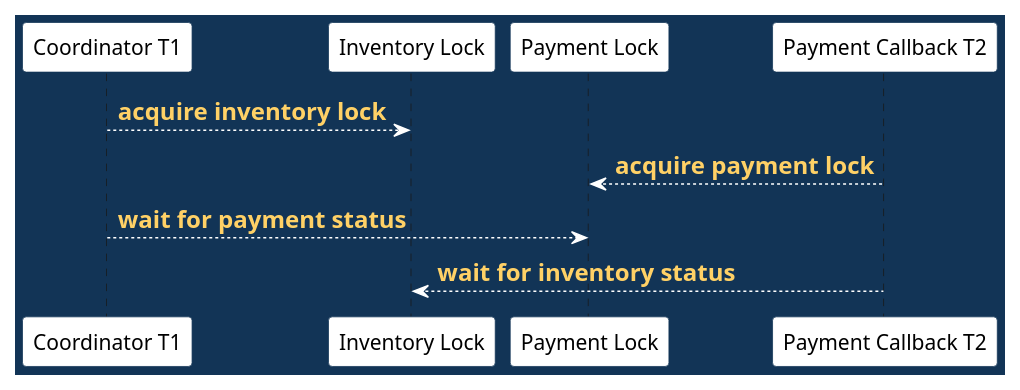
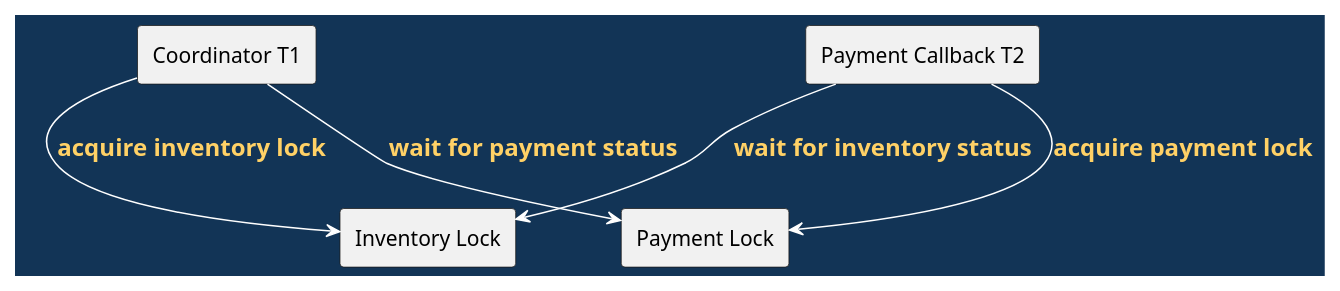
One commit to madajaju/CS5254 changed the eighth of 14 diagrams in doc/lectures/week5/objects_to_workflows/README.slides.adoc. Above: the diagram before and after it, drawn with PlantUML. The commit also changed other lines of this file and 74 other files, not shown here.

```diff
--- a/doc/lectures/week5/objects_to_workflows/README.slides.adoc
+++ b/doc/lectures/week5/objects_to_workflows/README.slides.adoc
@@ -283,26 +283,26 @@
 [plantuml, failure-interleaving, svg, width=100%]
 ----
 @startuml
 skinparam BackgroundColor #123456
 skinparam DefaultFontColor black
 skinparam ArrowColor white
 skinparam ArrowFontColor #ffd166
 skinparam ArrowFontStyle bold
 skinparam ArrowFontSize 16
 skinparam shadowing false
 skinparam LifeLineBorderColor white
 skinparam LifeLineBackgroundColor white
 skinparam ParticipantBorderColor #123456
 skinparam ParticipantBackgroundColor white
 skinparam ParticipantFontColor black
-participant "Coordinator T1" as T1
-participant "Inventory Lock" as IL
-participant "Payment Lock" as PL
-participant "Payment Callback T2" as T2
+rectangle "Coordinator T1" as T1
+rectangle "Inventory Lock" as IL
+rectangle "Payment Lock" as PL
+rectangle "Payment Callback T2" as T2
 
 T1 --> IL : acquire inventory lock
 T2 --> PL : acquire payment lock
 T1 --> PL : wait for payment status
 T2 --> IL : wait for inventory status
 @enduml
 ----
```
